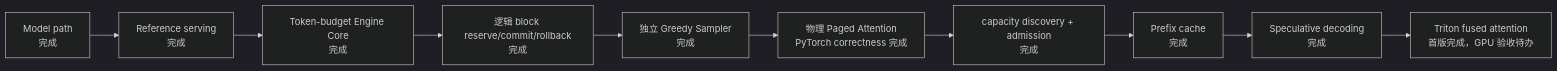
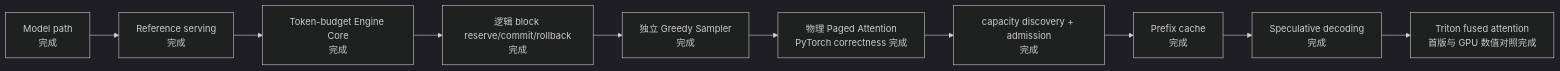
The third of 3 diagrams in docs/design.md (poorpaper/light-vllm), drawn with Mermaid (dark theme) before and after one commit. The commit also changed other lines of this file and 3 other files, not shown here.

Commit message:
docs: record Triton GPU validation

````diff
--- a/docs/design.md
+++ b/docs/design.md
@@ -284,12 +284,12 @@
 ```mermaid
 flowchart LR
     Model["Model path<br/>完成"] --> Serving["Reference serving<br/>完成"]
     Serving --> Core["Token-budget Engine Core<br/>完成"]
     Core --> Logical["逻辑 block reserve/commit/rollback<br/>完成"]
     Logical --> Sampling["独立 Greedy Sampler<br/>完成"]
     Sampling --> Paged["物理 Paged Attention<br/>PyTorch correctness 完成"]
     Paged --> Capacity["capacity discovery + admission<br/>完成"]
     Capacity --> Prefix["Prefix cache<br/>完成"]
     Prefix --> Spec["Speculative decoding<br/>完成"]
-    Spec --> Kernel["Triton fused attention<br/>首版完成，GPU 验收待办"]
+    Spec --> Kernel["Triton fused attention<br/>首版与 GPU 数值对照完成"]
 ```
````
